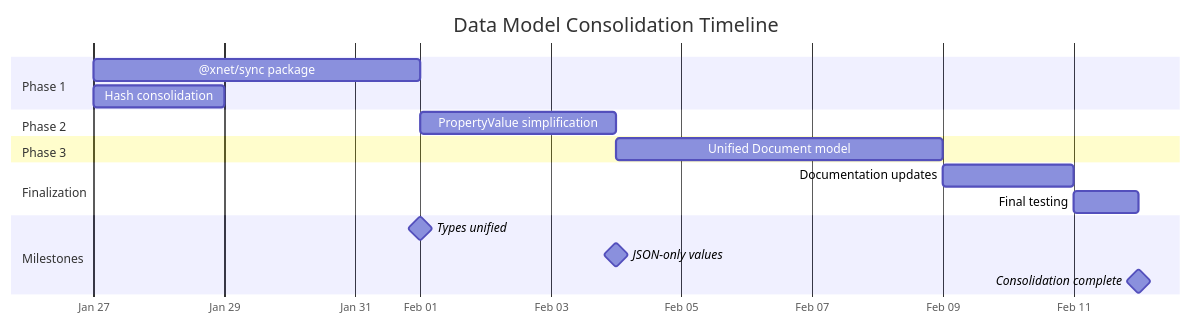
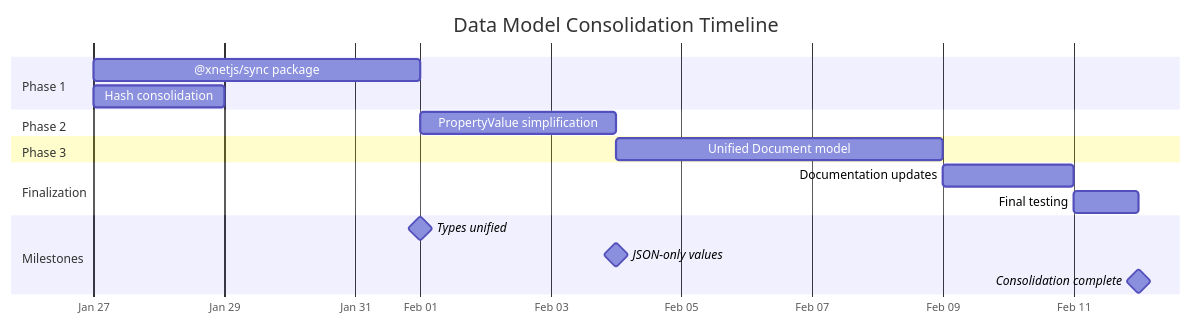
The first of 2 diagrams in docs/plans/plan02_1DataModelConsolidation/05-timeline.md (crs48/xNet), drawn with Mermaid before and after one commit. The commit also changed other lines of this file and 980 other files, not shown here.

````diff
--- a/docs/plans/plan02_1DataModelConsolidation/05-timeline.md
+++ b/docs/plans/plan02_1DataModelConsolidation/05-timeline.md
@@ -13,25 +13,25 @@
 ```mermaid
 gantt
     title Data Model Consolidation Timeline
     dateFormat  YYYY-MM-DD
     axisFormat  %b %d
 
     section Phase 1
-    @xnet/sync package           :sync, 2026-01-27, 5d
+    @xnetjs/sync package           :sync, 2026-01-27, 5d
     Hash consolidation           :hash, 2026-01-27, 2d
 
     section Phase 2
     PropertyValue simplification :prop, after sync, 3d
 
     section Phase 3
     Unified Document model       :doc, after prop, 5d
 
     section Finalization
     Documentation updates        :docs, after doc, 2d
     Final testing                :test, after docs, 1d
 
     section Milestones
     Types unified                :milestone, after sync, 0d
     JSON-only values             :milestone, after prop, 0d
     Consolidation complete       :milestone, after test, 0d
 ```
````
